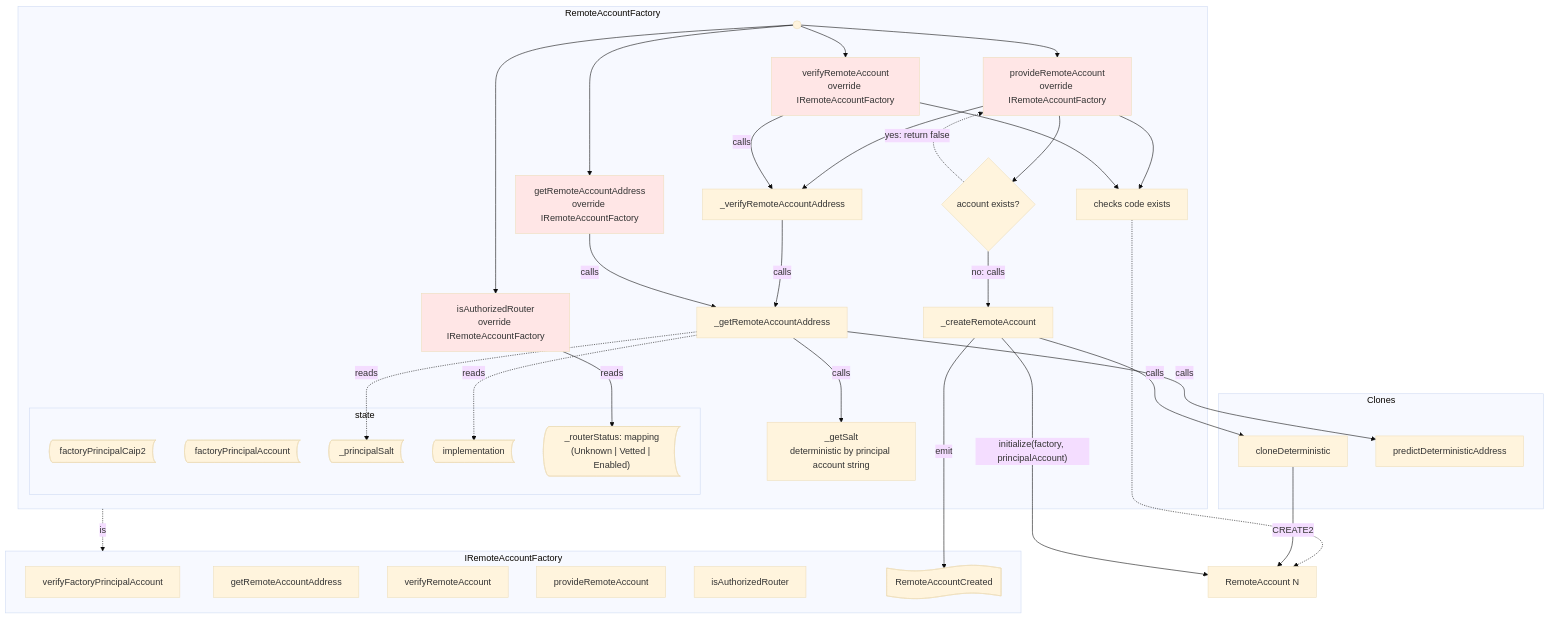
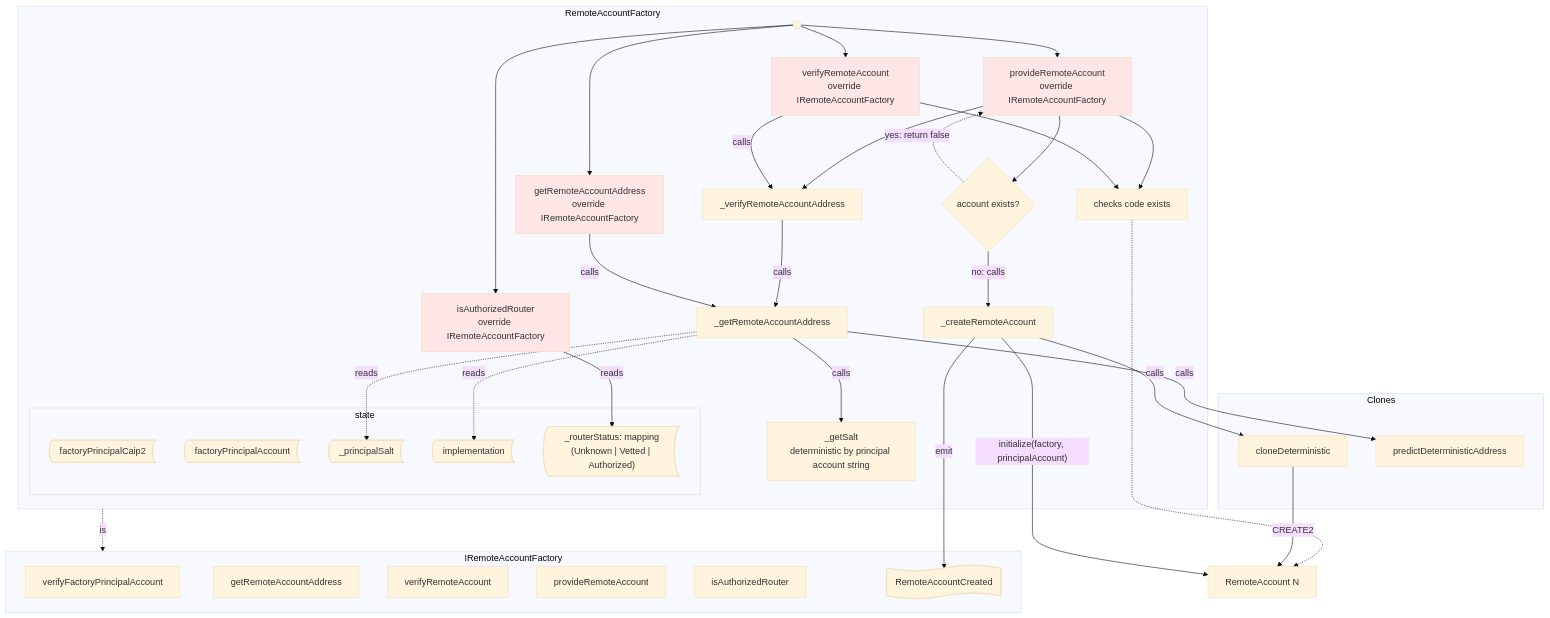
One commit to agoric-labs/agoric-to-axelar-local changed the fifth of 10 diagrams in packages/axelar-local-dev-cosmos/src/contracts/design.md. Above: the diagram before and after it, drawn with Mermaid (base theme). The commit also changed other lines of this file and 10 other files, not shown here.

```diff
--- a/packages/axelar-local-dev-cosmos/src/contracts/design.md
+++ b/packages/axelar-local-dev-cosmos/src/contracts/design.md
@@ -310,7 +310,7 @@
             factoryPrincipalAccount@{shape: stored-data}
             _principalSalt@{shape: stored-data}
             implementation@{shape: stored-data}
-            _routerStatus@{shape: stored-data, label: "_routerStatus: mapping<br>(Unknown | Vetted | Enabled)"}
+            _routerStatus@{shape: stored-data, label: "_routerStatus: mapping<br>(Unknown | Vetted | Authorized)"}
         end
     end
 
```
